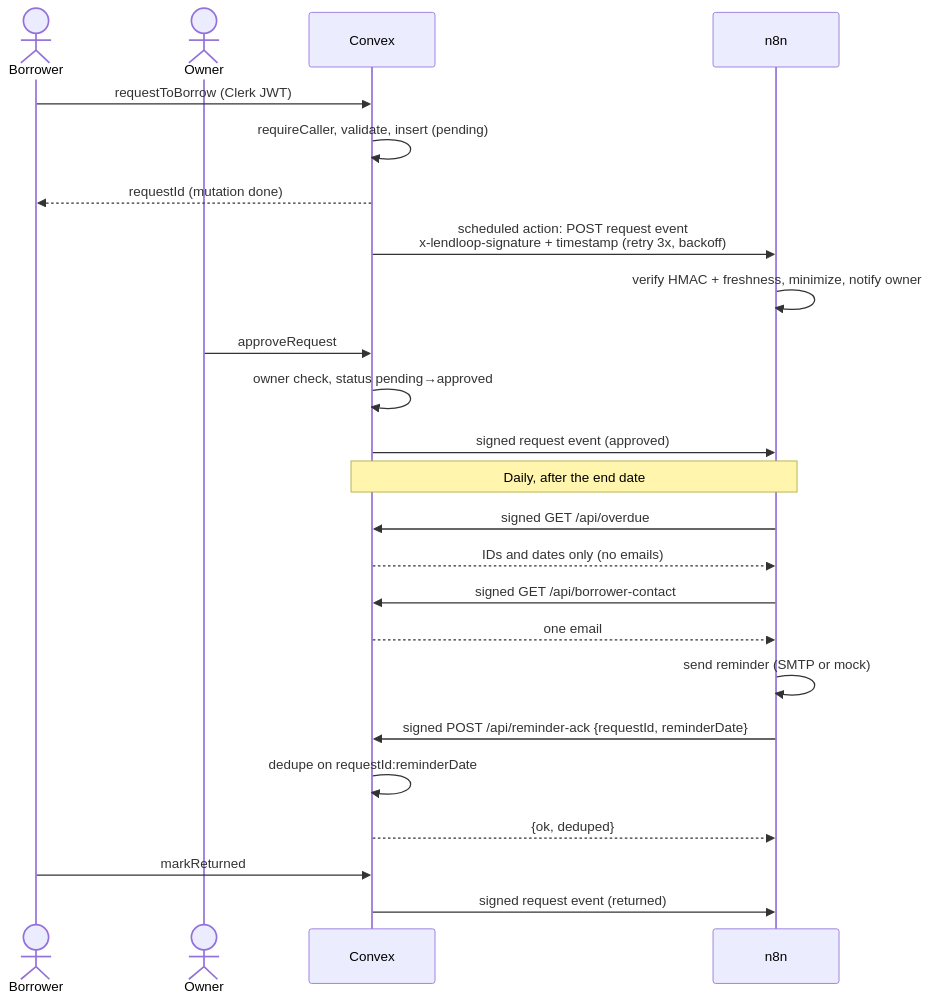
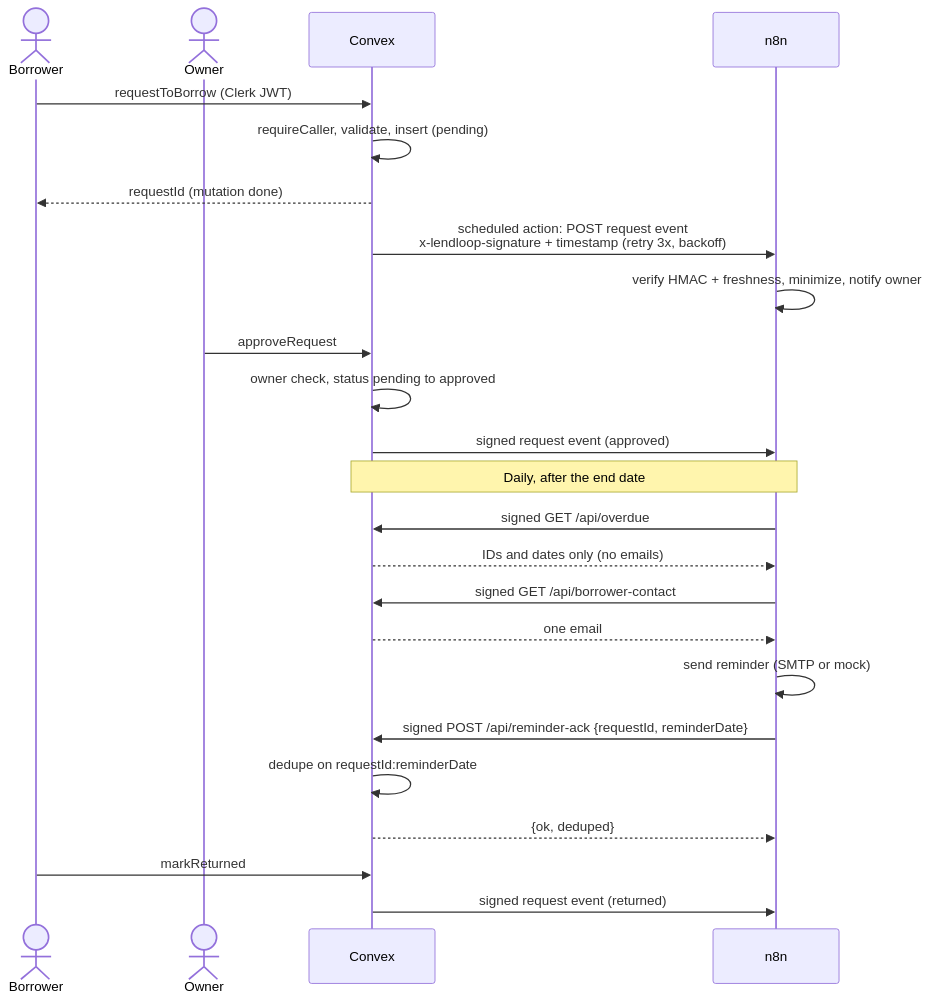
Before and after one commit to benweru/lendloop: the second of 2 diagrams in README.md, drawn with Mermaid. The commit also changed other lines of this file and 11 other files, not shown here.

````diff
--- a/README.md
+++ b/README.md
@@ -106,26 +139,26 @@
 ```mermaid
 sequenceDiagram
   actor B as Borrower
   actor O as Owner
   participant CX as Convex
   participant N as n8n
   B->>CX: requestToBorrow (Clerk JWT)
   CX->>CX: requireCaller, validate, insert (pending)
   CX-->>B: requestId (mutation done)
   CX->>N: scheduled action: POST request event<br/>x-lendloop-signature + timestamp (retry 3x, backoff)
   N->>N: verify HMAC + freshness, minimize, notify owner
   O->>CX: approveRequest
-  CX->>CX: owner check, status pending→approved
+  CX->>CX: owner check, status pending to approved
   CX->>N: signed request event (approved)
   Note over N,CX: Daily, after the end date
   N->>CX: signed GET /api/overdue
   CX-->>N: IDs and dates only (no emails)
   N->>CX: signed GET /api/borrower-contact
   CX-->>N: one email
   N->>N: send reminder (SMTP or mock)
   N->>CX: signed POST /api/reminder-ack {requestId, reminderDate}
   CX->>CX: dedupe on requestId:reminderDate
   CX-->>N: {ok, deduped}
   B->>CX: markReturned
   CX->>N: signed request event (returned)
 ```
````
